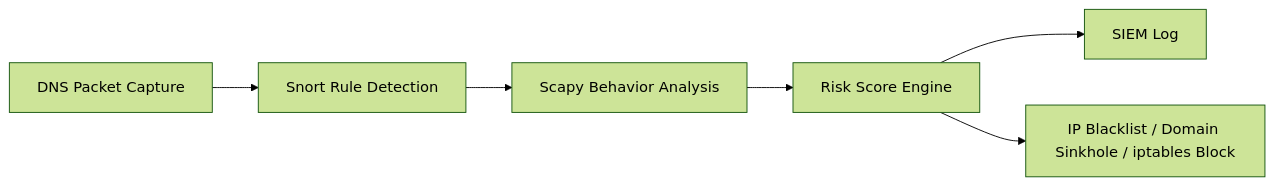
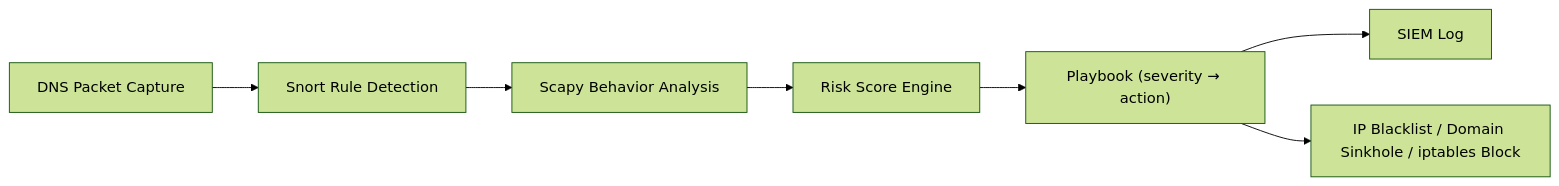
Before and after one commit to code5312/DNS-attack-detection-and-defense: the diagram in README.md, drawn with Mermaid (forest theme). The commit also changed other lines of this file and 14 other files, not shown here.

````diff
--- a/README.md
+++ b/README.md
@@ -37,8 +38,9 @@
 ```mermaid
 flowchart LR
     A[DNS Packet Capture] --> B[Snort Rule Detection]
     B --> C[Scapy Behavior Analysis]
     C --> D[Risk Score Engine]
-    D --> E[SIEM Log]
-    D --> F["IP Blacklist / Domain Sinkhole / iptables Block"]
+    D --> P["Playbook (severity → action)"]
+    P --> E[SIEM Log]
+    P --> F["IP Blacklist / Domain Sinkhole / iptables Block"]
 ```
````
